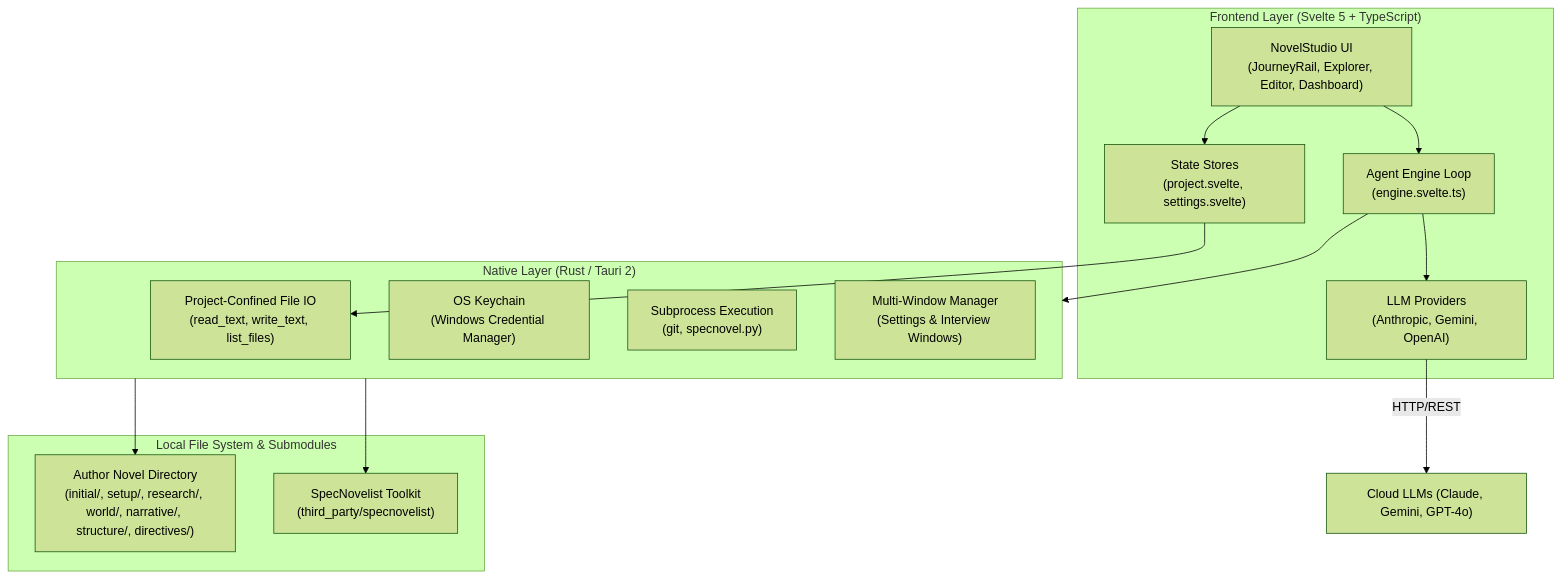
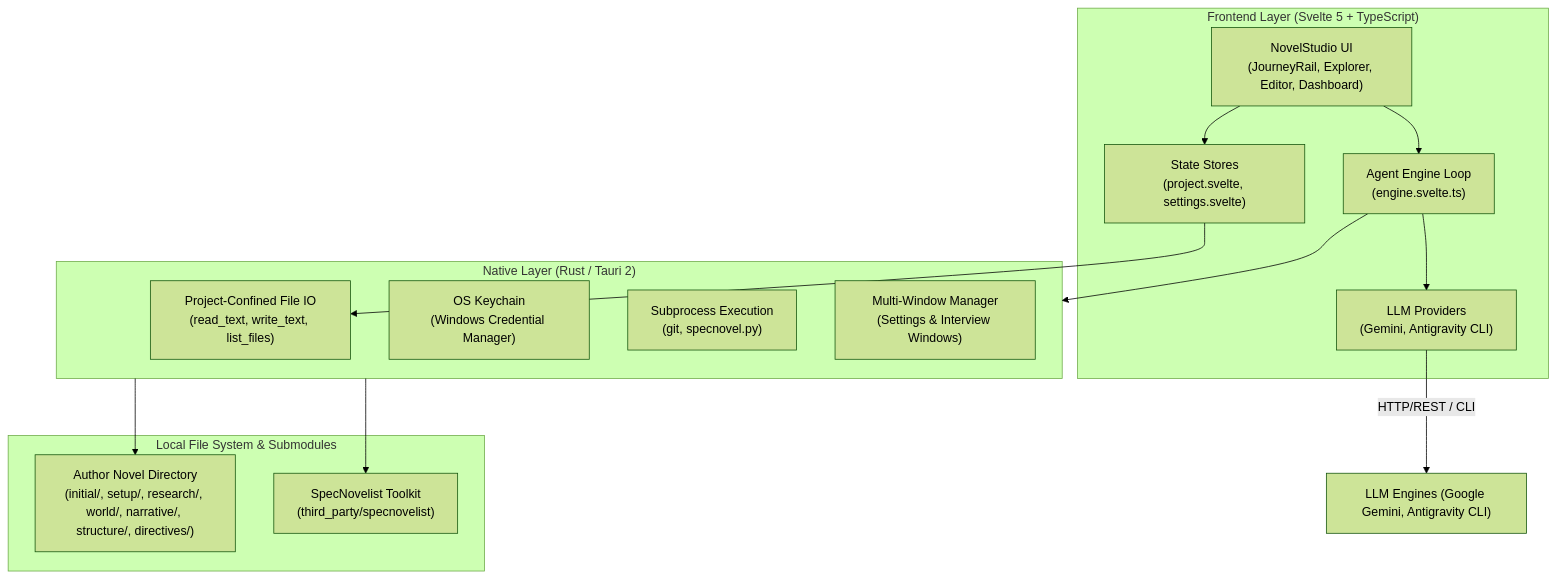
The diagram in spec/architecture.md (junov/NovelStudio), drawn with Mermaid (forest theme) before and after one commit. The commit also changed other lines of this file and 9 other files, not shown here.

First line of the commit message:
spec-sync: spec-sync: Remove OpenAI and Anthropic provider support (@spec MOD-001, MOD-002, MOD-004, AGT-010)

````diff
--- a/spec/architecture.md
+++ b/spec/architecture.md
@@ -6,30 +6,30 @@
 ```mermaid
 flowchart TD
     subgraph Frontend["Frontend Layer (Svelte 5 + TypeScript)"]
         UI["NovelStudio UI\n(JourneyRail, Explorer, Editor, Dashboard)"]
         Store["State Stores\n(project.svelte, settings.svelte)"]
         Agent["Agent Engine Loop\n(engine.svelte.ts)"]
-        Providers["LLM Providers\n(Anthropic, Gemini, OpenAI)"]
+        Providers["LLM Providers\n(Gemini, Antigravity CLI)"]
     end
 
     subgraph Native["Native Layer (Rust / Tauri 2)"]
         FS["Project-Confined File IO\n(read_text, write_text, list_files)"]
         Sec["OS Keychain\n(Windows Credential Manager)"]
         Proc["Subprocess Execution\n(git, specnovel.py)"]
         Win["Multi-Window Manager\n(Settings & Interview Windows)"]
     end
 
     subgraph External["Local File System & Submodules"]
         Novel["Author Novel Directory\n(initial/, setup/, research/, world/, narrative/, structure/, directives/)"]
         Toolkit["SpecNovelist Toolkit\n(third_party/specnovelist)"]
     end
 
     UI --> Store
     UI --> Agent
     Agent --> Providers
-    Providers -->|HTTP/REST| LLM["Cloud LLMs (Claude, Gemini, GPT-4o)"]
+    Providers -->|HTTP/REST / CLI| LLM["LLM Engines (Google Gemini, Antigravity CLI)"]
     Store --> FS
     Agent --> Native
     Native --> Novel
     Native --> Toolkit
 ```
````
